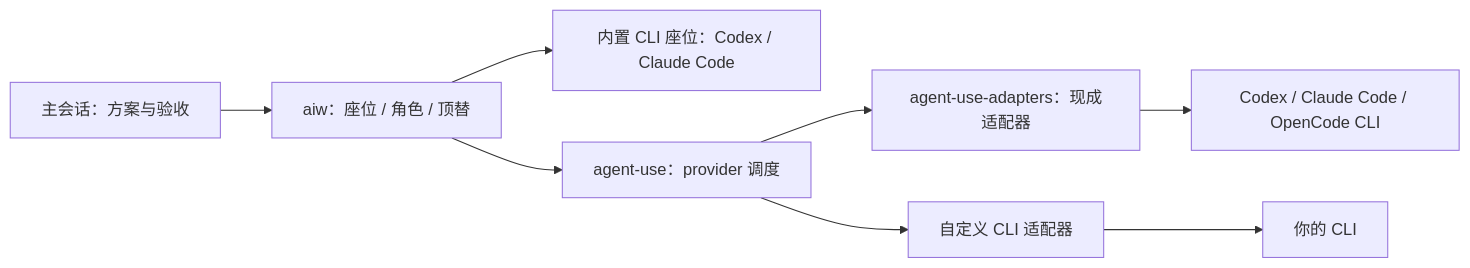
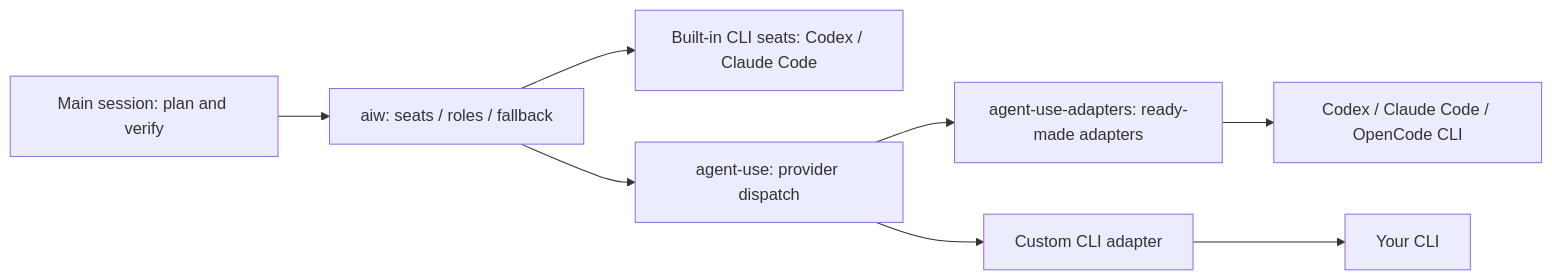
Before and after one commit to Jerryx333/ai-harness: the diagram in README.md, drawn with Mermaid. The commit also changed other lines of this file and 11 other files, not shown here.

````diff
--- a/README.md
+++ b/README.md
@@ -174,10 +174,10 @@
 ```mermaid
 flowchart LR
-    main["主会话：方案与验收"] --> aiw["aiw：座位 / 角色 / 顶替"]
-    aiw --> cli["内置 CLI 座位：Codex / Claude Code"]
-    aiw --> au["agent-use：provider 调度"]
-    au --> adapters["agent-use-adapters：现成适配器"]
-    au --> custom["自定义 CLI 适配器"]
+    main["Main session: plan and verify"] --> aiw["aiw: seats / roles / fallback"]
+    aiw --> cli["Built-in CLI seats: Codex / Claude Code"]
+    aiw --> au["agent-use: provider dispatch"]
+    au --> adapters["agent-use-adapters: ready-made adapters"]
+    au --> custom["Custom CLI adapter"]
     adapters --> tools["Codex / Claude Code / OpenCode CLI"]
-    custom --> other["你的 CLI"]
+    custom --> other["Your CLI"]
 ```
````
